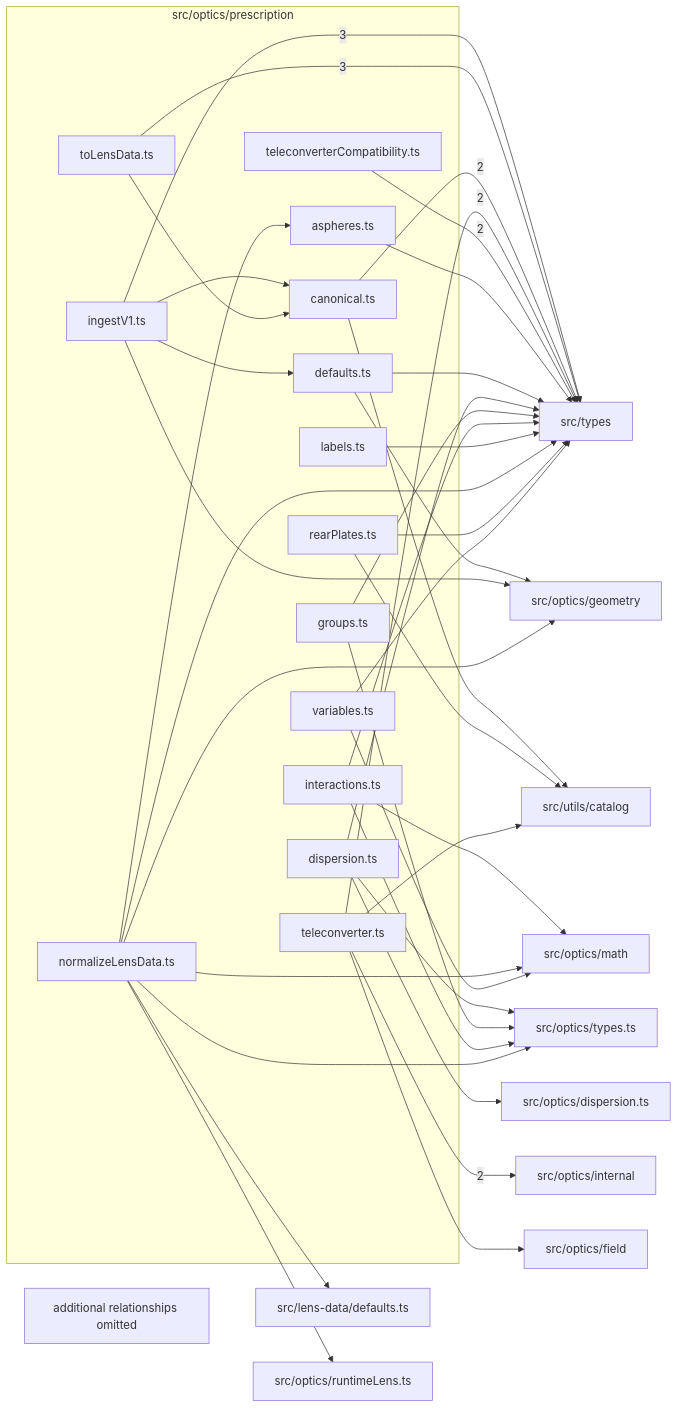
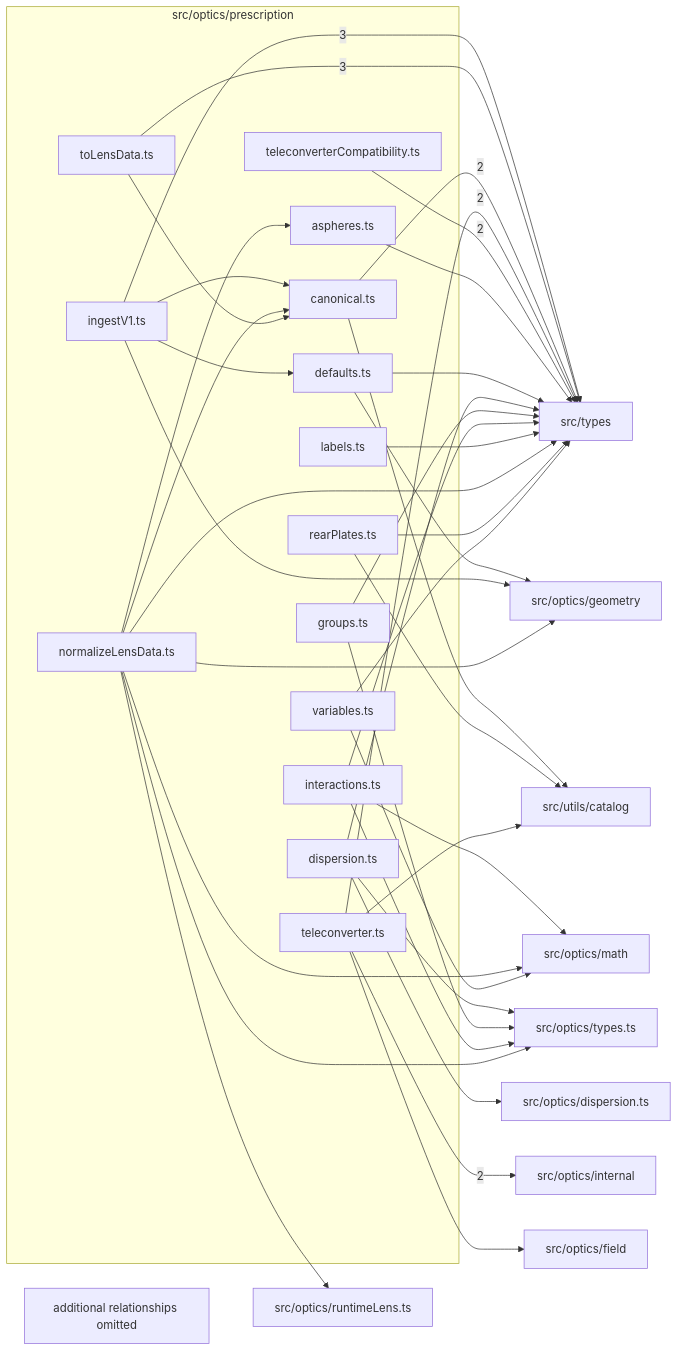
One commit to ronbuening/LensVisualizer changed the diagram in src/optics/prescription/readme.md. Above: the diagram before and after it, drawn with Mermaid. The commit also changed other lines of this file and 58 other files, not shown here.

````diff
--- a/src/optics/prescription/readme.md
+++ b/src/optics/prescription/readme.md
@@ -9,66 +9,65 @@
 ```mermaid
 flowchart LR
   subgraph n_src_optics_prescription["src/optics/prescription"]
     n_src_optics_prescription_src_optics_prescription_aspheres_ts["aspheres.ts"]
     n_src_optics_prescription_src_optics_prescription_canonical_ts["canonical.ts"]
     n_src_optics_prescription_src_optics_prescription_defaults_ts["defaults.ts"]
     n_src_optics_prescription_src_optics_prescription_dispersion_ts["dispersion.ts"]
     n_src_optics_prescription_src_optics_prescription_groups_ts["groups.ts"]
     n_src_optics_prescription_src_optics_prescription_ingestV1_ts["ingestV1.ts"]
     n_src_optics_prescription_src_optics_prescription_interactions_ts["interactions.ts"]
     n_src_optics_prescription_src_optics_prescription_labels_ts["labels.ts"]
     n_src_optics_prescription_src_optics_prescription_normalizeLensData_ts["normalizeLensData.ts"]
     n_src_optics_prescription_src_optics_prescription_rearPlates_ts["rearPlates.ts"]
     n_src_optics_prescription_src_optics_prescription_teleconverter_ts["teleconverter.ts"]
     n_src_optics_prescription_src_optics_prescription_teleconverterCompatibility_ts["teleconverterCompatibility.ts"]
     n_src_optics_prescription_src_optics_prescription_toLensData_ts["toLensData.ts"]
     n_src_optics_prescription_src_optics_prescription_variables_ts["variables.ts"]
   end
   n_external_src_types["src/types"]
   n_external_src_optics_internal["src/optics/internal"]
-  n_external_src_lens_data_defaults_ts["src/lens-data/defaults.ts"]
   n_external_src_optics_dispersion_ts["src/optics/dispersion.ts"]
   n_external_src_optics_field["src/optics/field"]
   n_external_src_optics_geometry["src/optics/geometry"]
   n_external_src_optics_math["src/optics/math"]
   n_external_src_optics_runtimeLens_ts["src/optics/runtimeLens.ts"]
   n_external_src_optics_types_ts["src/optics/types.ts"]
   n_external_src_utils_catalog["src/utils/catalog"]
   n_src_optics_prescription_src_optics_prescription_ingestV1_ts --> |3| n_external_src_types
   n_src_optics_prescription_src_optics_prescription_toLensData_ts --> |3| n_external_src_types
   n_src_optics_prescription_src_optics_prescription_teleconverter_ts --> |2| n_external_src_optics_internal
   n_src_optics_prescription_src_optics_prescription_canonical_ts --> |2| n_external_src_types
   n_src_optics_prescription_src_optics_prescription_teleconverter_ts --> |2| n_external_src_types
   n_src_optics_prescription_src_optics_prescription_teleconverterCompatibility_ts --> |2| n_external_src_types
-  n_src_optics_prescription_src_optics_prescription_normalizeLensData_ts --> n_external_src_lens_data_defaults_ts
   n_src_optics_prescription_src_optics_prescription_dispersion_ts --> n_external_src_optics_dispersion_ts
   n_src_optics_prescription_src_optics_prescription_teleconverter_ts --> n_external_src_optics_field
   n_src_optics_prescription_src_optics_prescription_defaults_ts --> n_external_src_optics_geometry
   n_src_optics_prescription_src_optics_prescription_ingestV1_ts --> n_external_src_optics_geometry
   n_src_optics_prescription_src_optics_prescription_normalizeLensData_ts --> n_external_src_optics_geometry
   n_src_optics_prescription_src_optics_prescription_interactions_ts --> n_external_src_optics_math
   n_src_optics_prescription_src_optics_prescription_normalizeLensData_ts --> n_external_src_optics_math
   n_src_optics_prescription_src_optics_prescription_variables_ts --> n_external_src_optics_math
   n_src_optics_prescription_src_optics_prescription_normalizeLensData_ts --> n_external_src_optics_runtimeLens_ts
   n_src_optics_prescription_src_optics_prescription_dispersion_ts --> n_external_src_optics_types_ts
   n_src_optics_prescription_src_optics_prescription_groups_ts --> n_external_src_optics_types_ts
   n_src_optics_prescription_src_optics_prescription_interactions_ts --> n_external_src_optics_types_ts
   n_src_optics_prescription_src_optics_prescription_normalizeLensData_ts --> n_external_src_optics_types_ts
   n_src_optics_prescription_src_optics_prescription_aspheres_ts --> n_external_src_types
   n_src_optics_prescription_src_optics_prescription_defaults_ts --> n_external_src_types
   n_src_optics_prescription_src_optics_prescription_dispersion_ts --> n_external_src_types
   n_src_optics_prescription_src_optics_prescription_groups_ts --> n_external_src_types
   n_src_optics_prescription_src_optics_prescription_interactions_ts --> n_external_src_types
   n_src_optics_prescription_src_optics_prescription_labels_ts --> n_external_src_types
   n_src_optics_prescription_src_optics_prescription_normalizeLensData_ts --> n_external_src_types
   n_src_optics_prescription_src_optics_prescription_rearPlates_ts --> n_external_src_types
   n_src_optics_prescription_src_optics_prescription_variables_ts --> n_external_src_types
   n_src_optics_prescription_src_optics_prescription_canonical_ts --> n_external_src_utils_catalog
   n_src_optics_prescription_src_optics_prescription_rearPlates_ts --> n_external_src_utils_catalog
   n_src_optics_prescription_src_optics_prescription_teleconverter_ts --> n_external_src_utils_catalog
   n_src_optics_prescription_src_optics_prescription_normalizeLensData_ts --> n_src_optics_prescription_src_optics_prescription_aspheres_ts
   n_src_optics_prescription_src_optics_prescription_ingestV1_ts --> n_src_optics_prescription_src_optics_prescription_canonical_ts
+  n_src_optics_prescription_src_optics_prescription_normalizeLensData_ts --> n_src_optics_prescription_src_optics_prescription_canonical_ts
   n_src_optics_prescription_src_optics_prescription_toLensData_ts --> n_src_optics_prescription_src_optics_prescription_canonical_ts
   n_src_optics_prescription_src_optics_prescription_ingestV1_ts --> n_src_optics_prescription_src_optics_prescription_defaults_ts
   n_src_optics_prescription_truncated["additional relationships omitted"]
 ```
````
